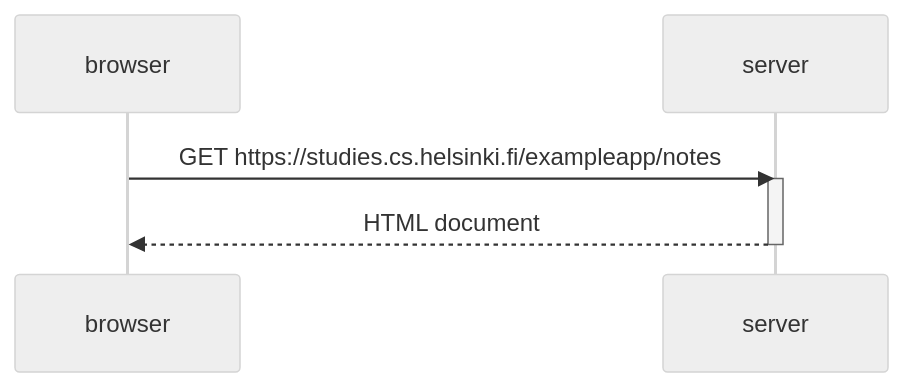
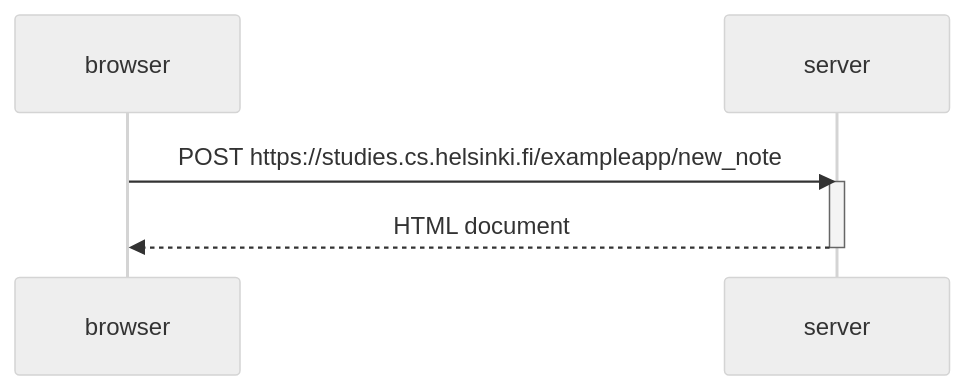
Before and after one commit to lizander789/fullstack_palautukset: the diagram in osa0/README.md, drawn with Mermaid (neutral theme).

Commit message:
0.4 kaavio työstämistä

````diff
--- a/osa0/README.md
+++ b/osa0/README.md
@@ -4,12 +4,12 @@
 ```mermaid
   sequenceDiagram
     participant browser
     participant server
     
-    browser->>server: GET https://studies.cs.helsinki.fi/exampleapp/notes
+    browser->>server: POST https://studies.cs.helsinki.fi/exampleapp/new_note
     activate server
     server-->>browser: HTML document
     deactivate server
     
     
 ```
````
